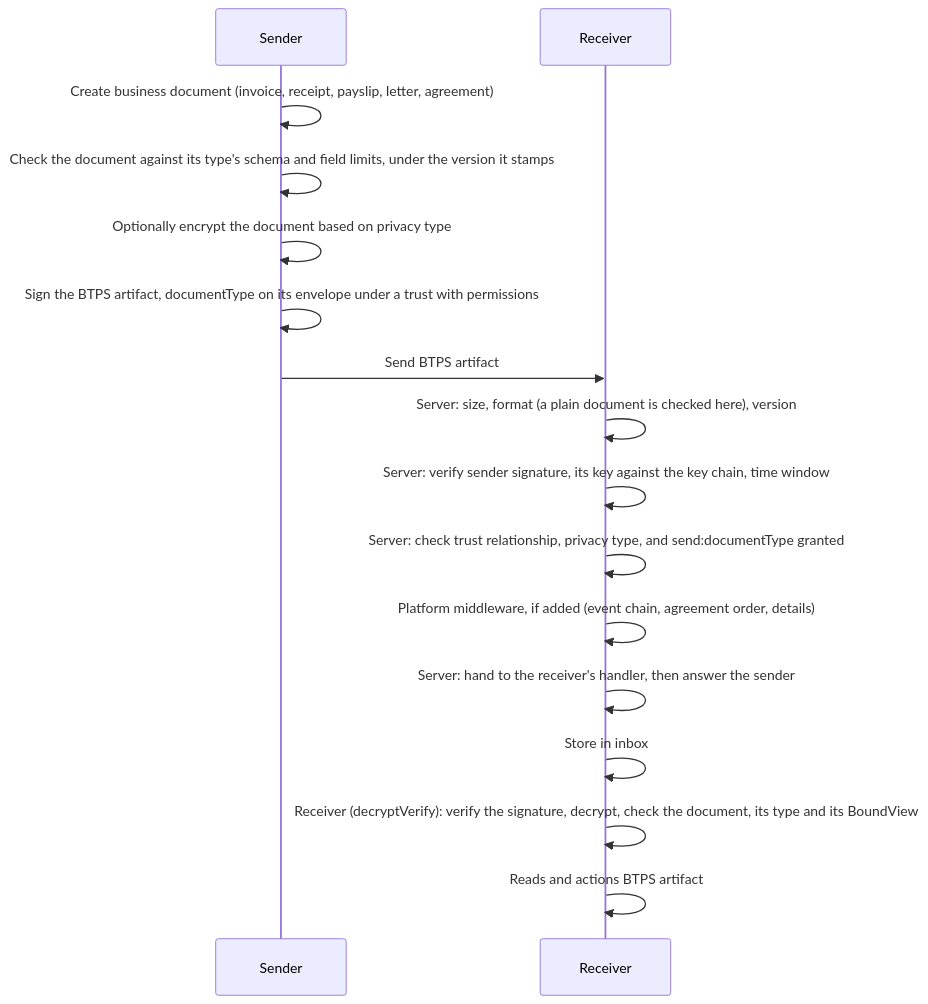
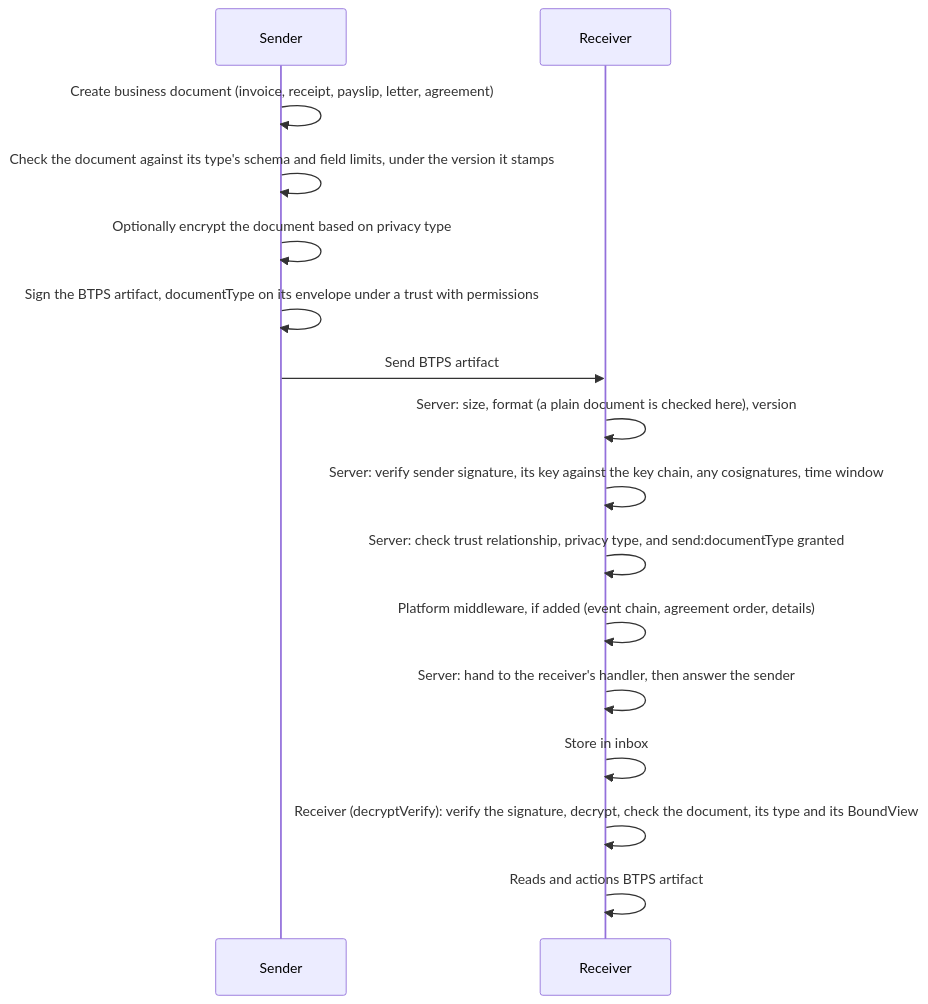
The fourth of 7 diagrams in docs/docusaurus/docs/protocol/messageFlow.md (openbtps/btps-node), drawn with Mermaid before and after one commit. The commit also changed other lines of this file and 16 other files, not shown here.

````diff
--- a/docs/docusaurus/docs/protocol/messageFlow.md
+++ b/docs/docusaurus/docs/protocol/messageFlow.md
@@ -226,20 +226,20 @@
 ```mermaid
 sequenceDiagram
     participant S as Sender
     participant R as Receiver
 
     S->>S: Create business document (invoice, receipt, payslip, letter, agreement)
     S->>S: Check the document against its type's schema and field limits, under the version it stamps
     S->>S: Optionally encrypt the document based on privacy type
     S->>S: Sign the BTPS artifact, documentType on its envelope under a trust with permissions
     S->>R: Send BTPS artifact
 
     R->>R: Server: size, format (a plain document is checked here), version
-    R->>R: Server: verify sender signature, its key against the key chain, time window
+    R->>R: Server: verify sender signature, its key against the key chain, any cosignatures, time window
     R->>R: Server: check trust relationship, privacy type, and send:documentType granted
     R->>R: Platform middleware, if added (event chain, agreement order, details)
     R->>R: Server: hand to the receiver's handler, then answer the sender
     R->>R: Store in inbox
     R->>R: Receiver (decryptVerify): verify the signature, decrypt, check the document, its type and its BoundView
     R->>R: Reads and actions BTPS artifact
 ```
````
